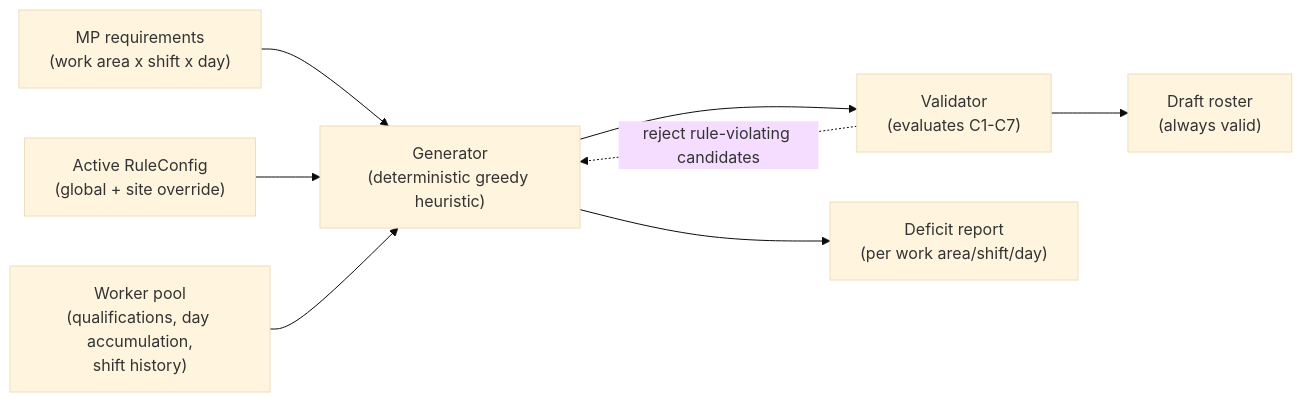
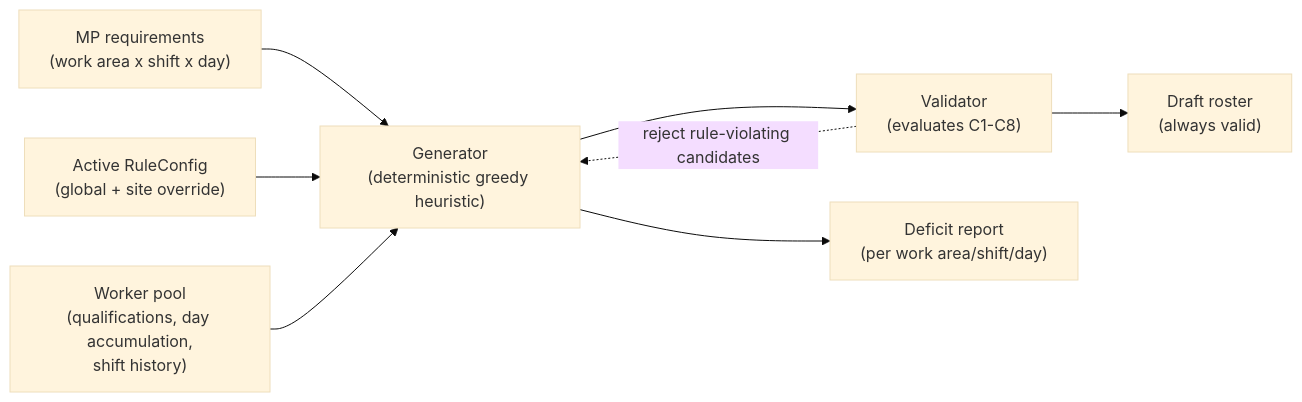
Before and after one commit to XOIntern/Shiftly: the third of 5 diagrams in docs/architecture.md, drawn with Mermaid (base theme). The commit also changed other lines of this file and 2 other files, not shown here.

````diff
--- a/docs/architecture.md
+++ b/docs/architecture.md
@@ -141,19 +143,19 @@
 ```mermaid
 graph LR
     REQIN["MP requirements<br/>(work area x shift x day)"]
     CFG["Active RuleConfig<br/>(global + site override)"]
     W["Worker pool<br/>(qualifications, day accumulation,<br/>shift history)"]
 
     GEN["Generator<br/>(deterministic greedy heuristic)"]
-    VAL["Validator<br/>(evaluates C1-C7)"]
+    VAL["Validator<br/>(evaluates C1-C8)"]
     DRAFT["Draft roster<br/>(always valid)"]
     DEF["Deficit report<br/>(per work area/shift/day)"]
 
     REQIN --> GEN
     CFG --> GEN
     W --> GEN
     GEN --> VAL
     VAL --> DRAFT
     GEN --> DEF
     VAL -.->|"reject rule-violating candidates"| GEN
 ```
````
